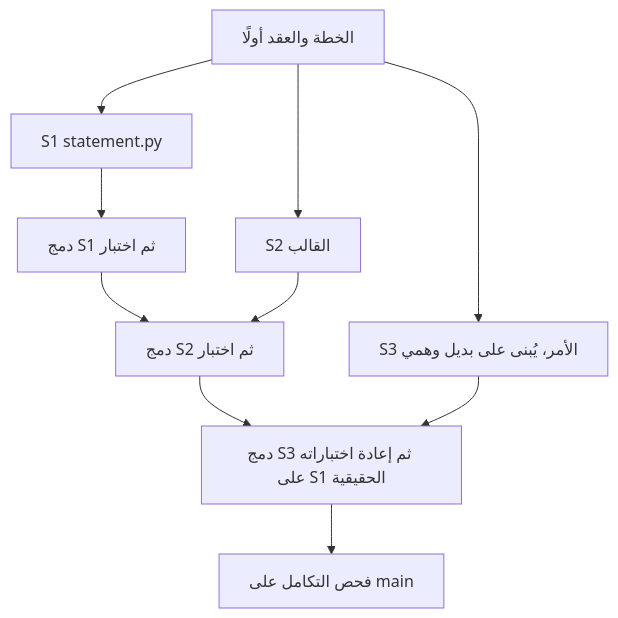
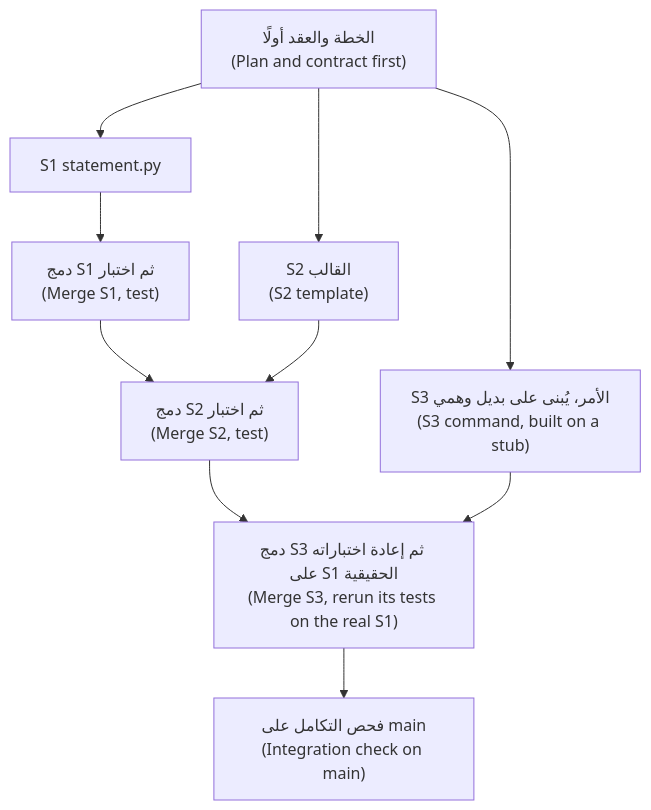
One commit to Tamoura/system-design-for-vibe-coders changed the diagram in ainative/modules/10-parallel.ar.md. Above: the diagram before and after it, drawn with Mermaid. The commit also changed 83 other files, not shown here.

First line of the commit message:
AI-native engineer course: Arabic diagrams right-to-left with English glosses

````diff
--- a/ainative/modules/10-parallel.ar.md
+++ b/ainative/modules/10-parallel.ar.md
@@ -72,12 +72,12 @@
 ```mermaid
 flowchart TD
-    P["الخطة والعقد أولًا"] --> S1["S1 statement.py"]
-    P --> S2["S2 القالب"]
-    P --> S3["S3 الأمر، يُبنى على بديل وهمي"]
-    S1 --> M1["دمج S1 ثم اختبار"]
-    M1 --> M2["دمج S2 ثم اختبار"]
+    P["الخطة والعقد أولًا<br/>(Plan and contract first)"] --> S1["S1 statement.py"]
+    P --> S2["S2 القالب<br/>(S2 template)"]
+    P --> S3["S3 الأمر، يُبنى على بديل وهمي<br/>(S3 command, built on a stub)"]
+    S1 --> M1["دمج S1 ثم اختبار<br/>(Merge S1, test)"]
+    M1 --> M2["دمج S2 ثم اختبار<br/>(Merge S2, test)"]
     S2 --> M2
-    M2 --> M3["دمج S3 ثم إعادة اختباراته على S1 الحقيقية"]
+    M2 --> M3["دمج S3 ثم إعادة اختباراته على S1 الحقيقية<br/>(Merge S3, rerun its tests on the real S1)"]
     S3 --> M3
-    M3 --> I["فحص التكامل على main"]
+    M3 --> I["فحص التكامل على main<br/>(Integration check on main)"]
 ```
````
